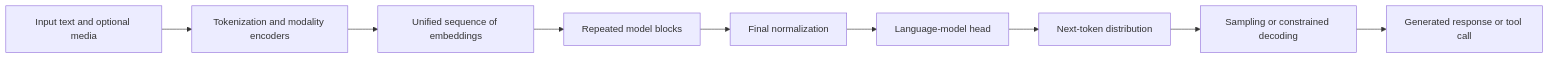
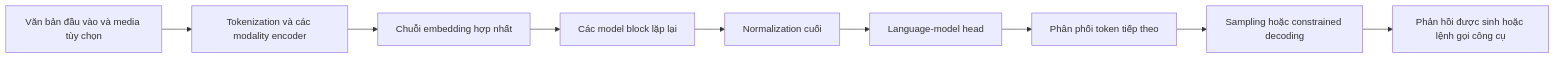
One commit to cycler04/VinRobotics-VLA changed the first of 28 diagrams in docs/research_finding/01-gwen/broad_overview/LLM_VLM/recent_llm_overview.md. Above: the diagram before and after it, drawn with Mermaid. The commit also changed other lines of this file and 79 other files, not shown here.

````diff
--- a/docs/research_finding/01-gwen/broad_overview/LLM_VLM/recent_llm_overview.md
+++ b/docs/research_finding/01-gwen/broad_overview/LLM_VLM/recent_llm_overview.md
@@ -86,11 +86,11 @@
 ```mermaid
 flowchart LR
-    A[Input text and optional media] --> B[Tokenization and modality encoders]
-    B --> C[Unified sequence of embeddings]
-    C --> D[Repeated model blocks]
-    D --> E[Final normalization]
+    A[Văn bản đầu vào và media tùy chọn] --> B[Tokenization và các modality encoder]
+    B --> C[Chuỗi embedding hợp nhất]
+    C --> D[Các model block lặp lại]
+    D --> E[Normalization cuối]
     E --> F[Language-model head]
-    F --> G[Next-token distribution]
-    G --> H[Sampling or constrained decoding]
-    H --> I[Generated response or tool call]
+    F --> G[Phân phối token tiếp theo]
+    G --> H[Sampling hoặc constrained decoding]
+    H --> I[Phản hồi được sinh hoặc lệnh gọi công cụ]
 ```
````
